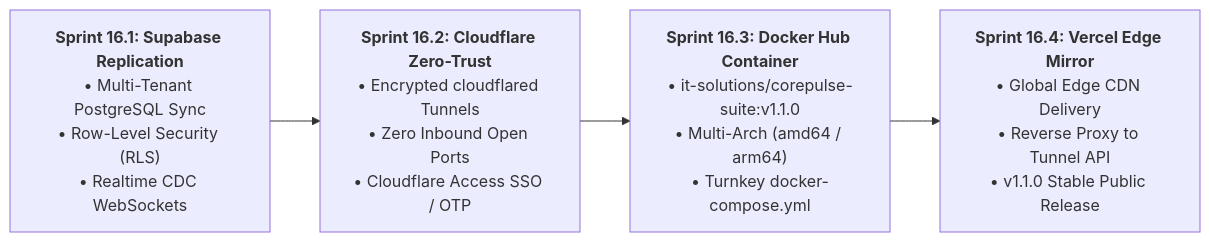
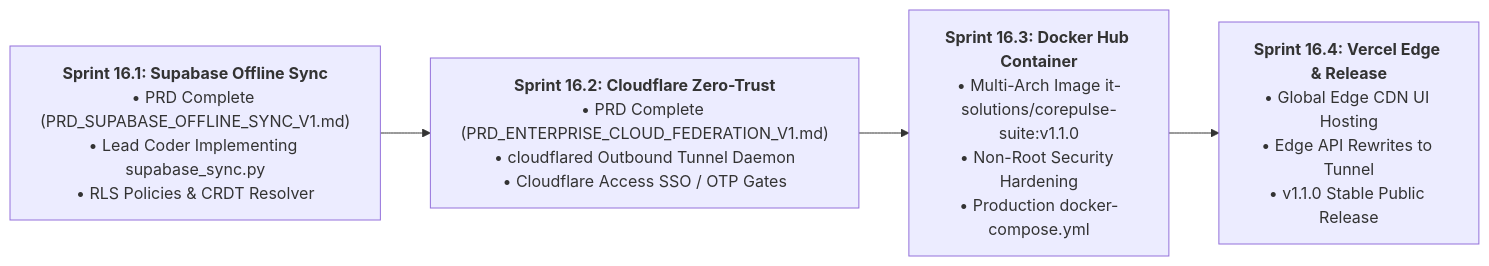
One commit to itsolutions-global/it-solutions-suite changed the second of 3 diagrams in company/ROADMAP.md. Above: the diagram before and after it, drawn with Mermaid. The commit also changed other lines of this file and 17 other files, not shown here.

Commit message:
feat(sprint-16): deliver Supabase offline-first sync engine, CI multi-arch Docker workflow, and edge showcase portal

````diff
--- a/company/ROADMAP.md
+++ b/company/ROADMAP.md
@@ -73,6 +73,6 @@
 ```mermaid
 flowchart LR
-    S16_1["<b>Sprint 16.1: Supabase Replication</b><br/>• Multi-Tenant PostgreSQL Sync<br/>• Row-Level Security (RLS)<br/>• Realtime CDC WebSockets"] --> S16_2["<b>Sprint 16.2: Cloudflare Zero-Trust</b><br/>• Encrypted cloudflared Tunnels<br/>• Zero Inbound Open Ports<br/>• Cloudflare Access SSO / OTP"]
-    S16_2 --> S16_3["<b>Sprint 16.3: Docker Hub Container</b><br/>• it-solutions/corepulse-suite:v1.1.0<br/>• Multi-Arch (amd64 / arm64)<br/>• Turnkey docker-compose.yml"]
-    S16_3 --> S16_4["<b>Sprint 16.4: Vercel Edge Mirror</b><br/>• Global Edge CDN Delivery<br/>• Reverse Proxy to Tunnel API<br/>• v1.1.0 Stable Public Release"]
+    S16_1["<b>Sprint 16.1: Supabase Offline Sync</b><br/>• PRD Complete (PRD_SUPABASE_OFFLINE_SYNC_V1.md)<br/>• Lead Coder Implementing supabase_sync.py<br/>• RLS Policies & CRDT Resolver"] --> S16_2["<b>Sprint 16.2: Cloudflare Zero-Trust</b><br/>• PRD Complete (PRD_ENTERPRISE_CLOUD_FEDERATION_V1.md)<br/>• cloudflared Outbound Tunnel Daemon<br/>• Cloudflare Access SSO / OTP Gates"]
+    S16_2 --> S16_3["<b>Sprint 16.3: Docker Hub Container</b><br/>• Multi-Arch Image it-solutions/corepulse-suite:v1.1.0<br/>• Non-Root Security Hardening<br/>• Production docker-compose.yml"]
+    S16_3 --> S16_4["<b>Sprint 16.4: Vercel Edge & Release</b><br/>• Global Edge CDN UI Hosting<br/>• Edge API Rewrites to Tunnel<br/>• v1.1.0 Stable Public Release"]
 ```
````
